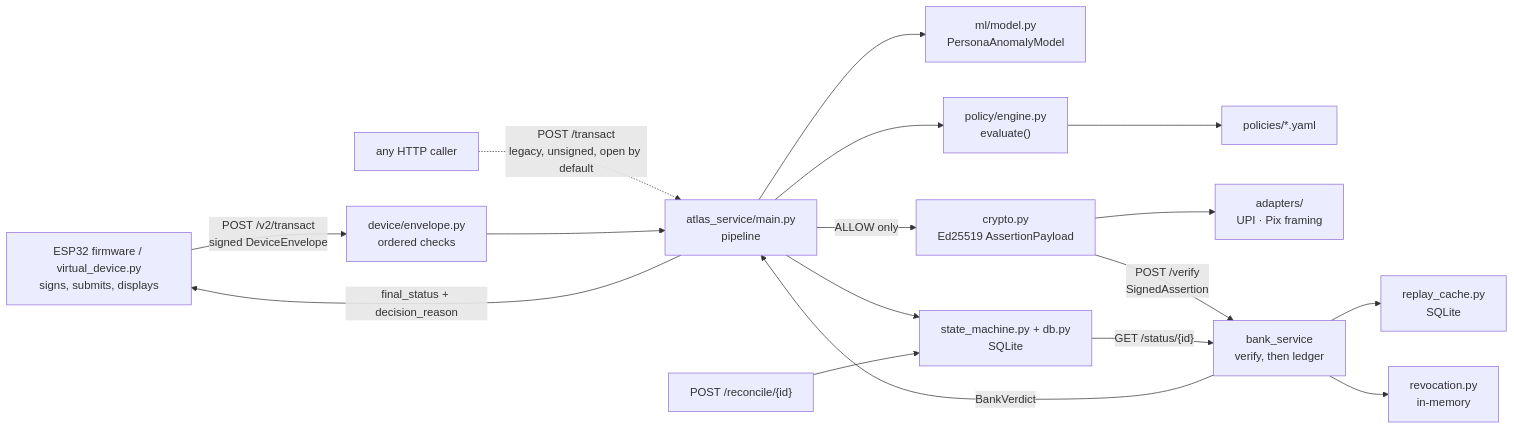
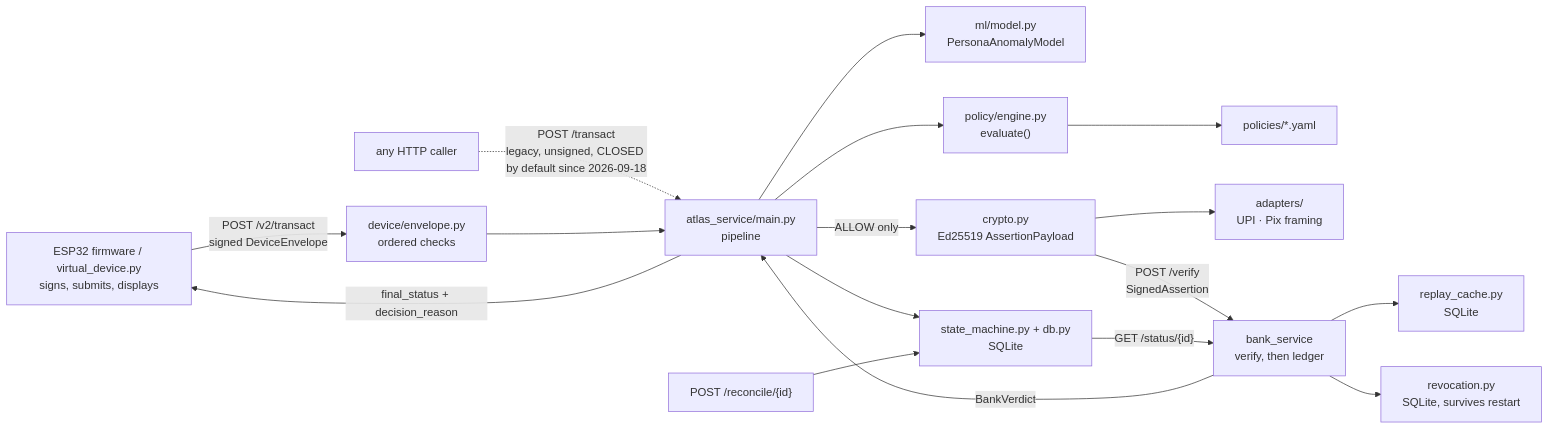
The second of 8 diagrams in docs/ATLAS-Blueprint.md (Dhanu2626/atlas), drawn with Mermaid before and after one commit. The commit also changed other lines of this file and 83 other files, not shown here.

````diff
--- a/docs/ATLAS-Blueprint.md
+++ b/docs/ATLAS-Blueprint.md
@@ -166,19 +169,19 @@
 ```mermaid
 flowchart LR
     DEV["ESP32 firmware / virtual_device.py<br/>signs, submits, displays"] -->|"POST /v2/transact<br/>signed DeviceEnvelope"| ENV["device/envelope.py<br/>ordered checks"]
-    LEG["any HTTP caller"] -.->|"POST /transact<br/>legacy, unsigned, open by default"| PIPE
+    LEG["any HTTP caller"] -.->|"POST /transact<br/>legacy, unsigned, CLOSED by default since 2026-09-18"| PIPE
     ENV --> PIPE["atlas_service/main.py<br/>pipeline"]
     PIPE --> MLM["ml/model.py<br/>PersonaAnomalyModel"]
     PIPE --> POLM["policy/engine.py<br/>evaluate()"]
     POLM --> YAML["policies/*.yaml"]
     PIPE --> SM["state_machine.py + db.py<br/>SQLite"]
     PIPE -->|"ALLOW only"| SIGN["crypto.py<br/>Ed25519 AssertionPayload"]
     SIGN --> RAIL["adapters/<br/>UPI · Pix framing"]
     SIGN -->|"POST /verify<br/>SignedAssertion"| BANK["bank_service<br/>verify, then ledger"]
     BANK --> RC["replay_cache.py<br/>SQLite"]
-    BANK --> RV["revocation.py<br/>in-memory"]
+    BANK --> RV["revocation.py<br/>SQLite, survives restart"]
     BANK -->|"BankVerdict"| PIPE
     PIPE -->|"final_status + decision_reason"| DEV
     RECON["POST /reconcile/{id}"] --> SM
     SM -->|"GET /status/{id}"| BANK
 ```
````
